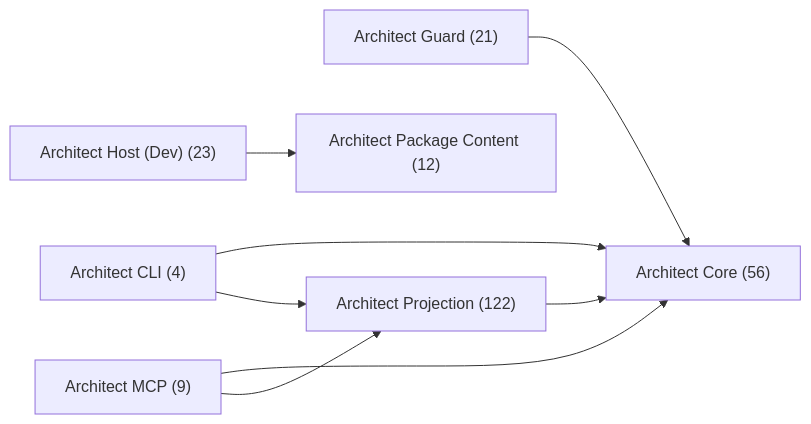
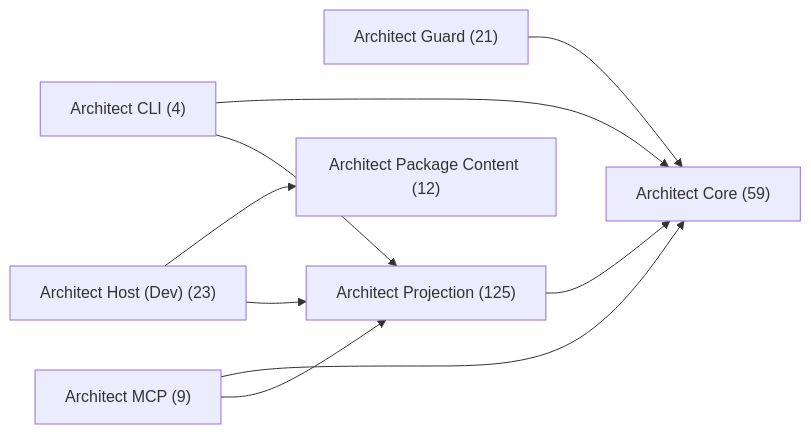
Before and after one commit to libar-dev/architect: the first of 8 diagrams in docs-live/architecture/package-seam.md, drawn with Mermaid. The commit also changed other lines of this file and 18 other files, not shown here.

````diff
--- a/docs-live/architecture/package-seam.md
+++ b/docs-live/architecture/package-seam.md
@@ -18,17 +18,18 @@
 ```mermaid
 graph LR
   pkg_architect_cli["Architect CLI (4)"]
-  pkg_architect_core["Architect Core (56)"]
+  pkg_architect_core["Architect Core (59)"]
   pkg_architect_guard["Architect Guard (21)"]
   pkg_architect_host_dev["Architect Host (Dev) (23)"]
   pkg_architect_mcp["Architect MCP (9)"]
   pkg_architect_package_content["Architect Package Content (12)"]
-  pkg_architect_projection["Architect Projection (122)"]
+  pkg_architect_projection["Architect Projection (125)"]
   pkg_architect_cli --> pkg_architect_core
   pkg_architect_cli --> pkg_architect_projection
   pkg_architect_guard --> pkg_architect_core
   pkg_architect_host_dev --> pkg_architect_package_content
+  pkg_architect_host_dev --> pkg_architect_projection
   pkg_architect_mcp --> pkg_architect_core
   pkg_architect_mcp --> pkg_architect_projection
   pkg_architect_projection --> pkg_architect_core
 ```
````
